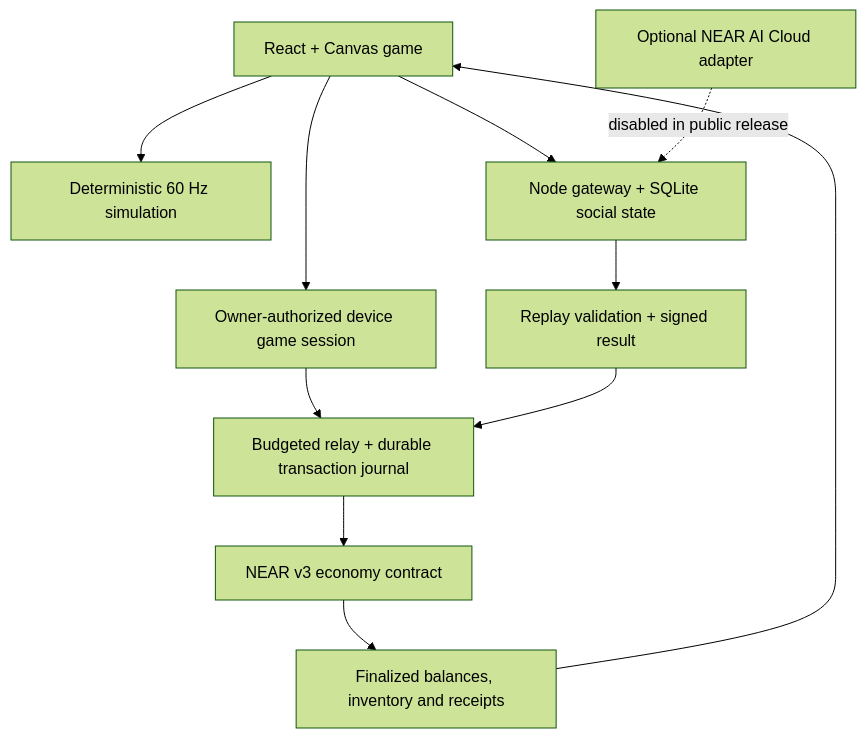
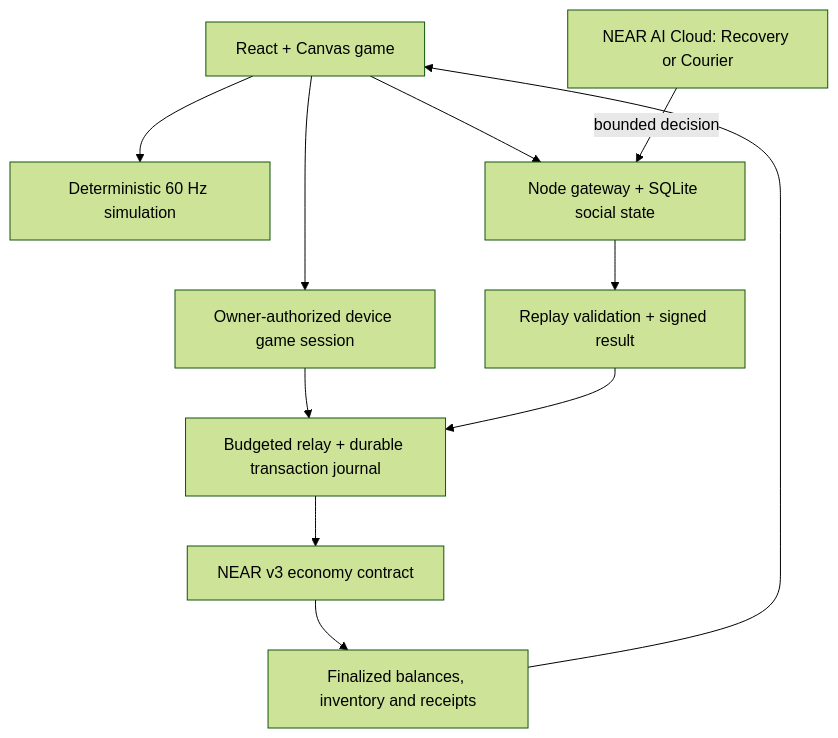
The second of 2 diagrams in README.md (Thekal33d/rivalghost), drawn with Mermaid (forest theme) before and after one commit. The commit also changed other lines of this file and 8 other files, not shown here.

````diff
--- a/README.md
+++ b/README.md
@@ -182,13 +182,13 @@
 ```mermaid
 flowchart TD
   Browser[React + Canvas game] --> Sim[Deterministic 60 Hz simulation]
   Browser --> API[Node gateway + SQLite social state]
   API --> Replay[Replay validation + signed result]
   Browser --> Session[Owner-authorized device game session]
   Session --> Relay[Budgeted relay + durable transaction journal]
   Replay --> Relay
   Relay --> NEAR[NEAR v3 economy contract]
   NEAR --> UI[Finalized balances, inventory and receipts]
   UI --> Browser
-  Cloud[Optional NEAR AI Cloud adapter] -. disabled in public release .-> API
+  Cloud[NEAR AI Cloud: Recovery or Courier] -->|bounded decision| API
 ```
````
